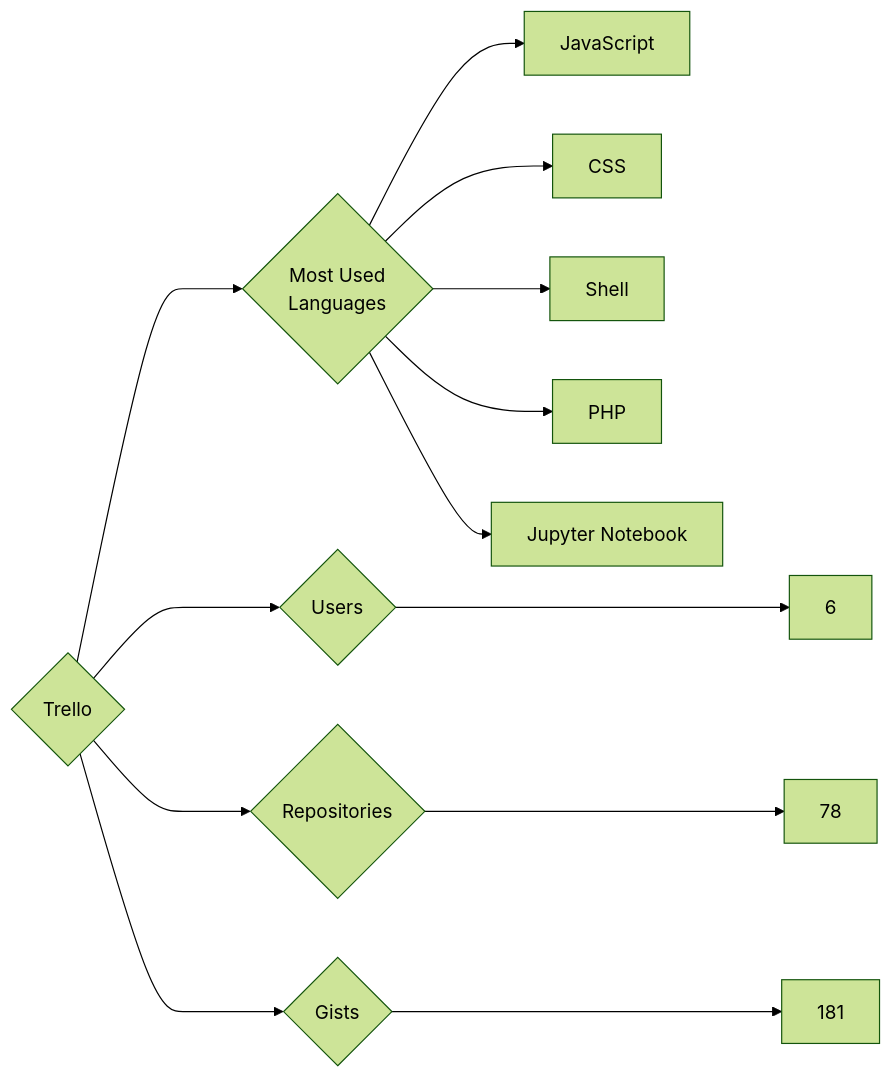
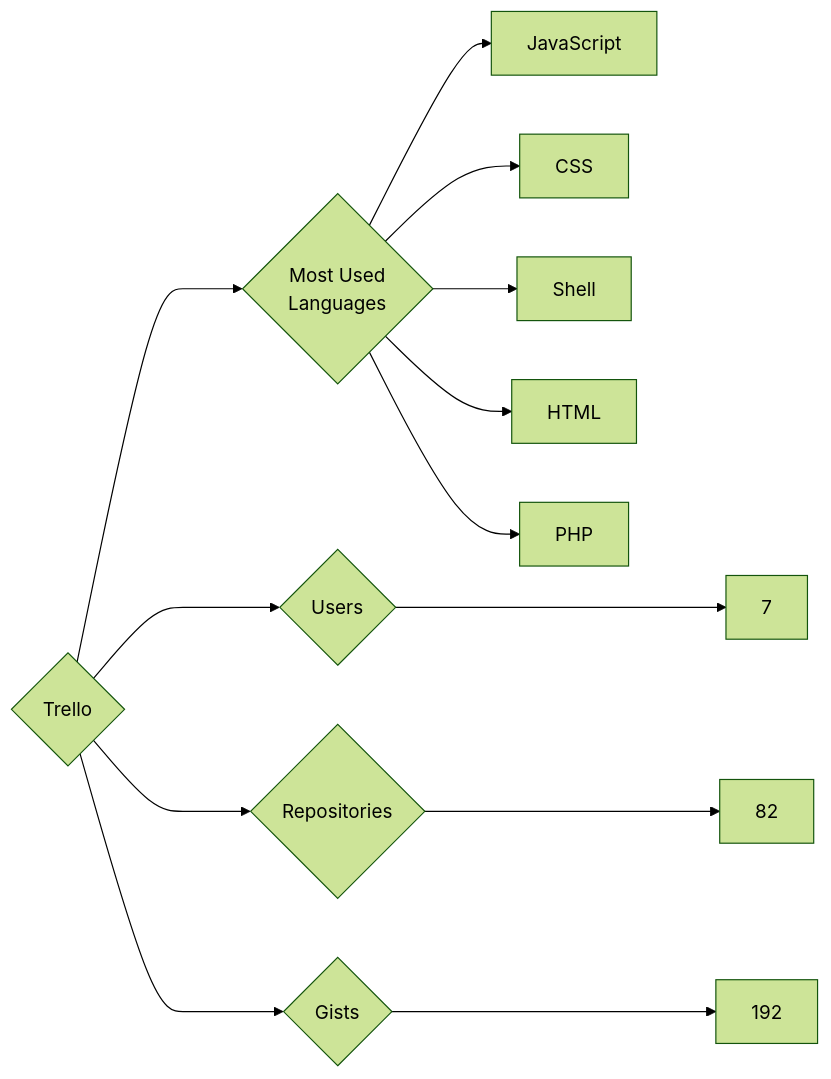
The diagram in targets/Trello/README.md (trickest/insiders), drawn with Mermaid (forest theme) before and after one commit. The commit also changed 765 other files, not shown here.

````diff
--- a/targets/Trello/README.md
+++ b/targets/Trello/README.md
@@ -3,13 +3,13 @@
 ```mermaid
 graph LR
 COMPANY_NAME{Trello}
-COMPANY_NAME ---> U{Users} ---> UN[6]
-COMPANY_NAME ---> R{Repositories} ---> RN[78]
-COMPANY_NAME ---> G{Gists} ---> GN[181]
+COMPANY_NAME ---> U{Users} ---> UN[7]
+COMPANY_NAME ---> R{Repositories} ---> RN[82]
+COMPANY_NAME ---> G{Gists} ---> GN[192]
 COMPANY_NAME ---> ML{Most Used<br>Languages}
 ML --> JavaScript[JavaScript]
 ML --> CSS[CSS]
 ML --> Shell[Shell]
+ML --> HTML[HTML]
 ML --> PHP[PHP]
-ML --> Jupyter_Notebook[Jupyter Notebook]
 ```
````
